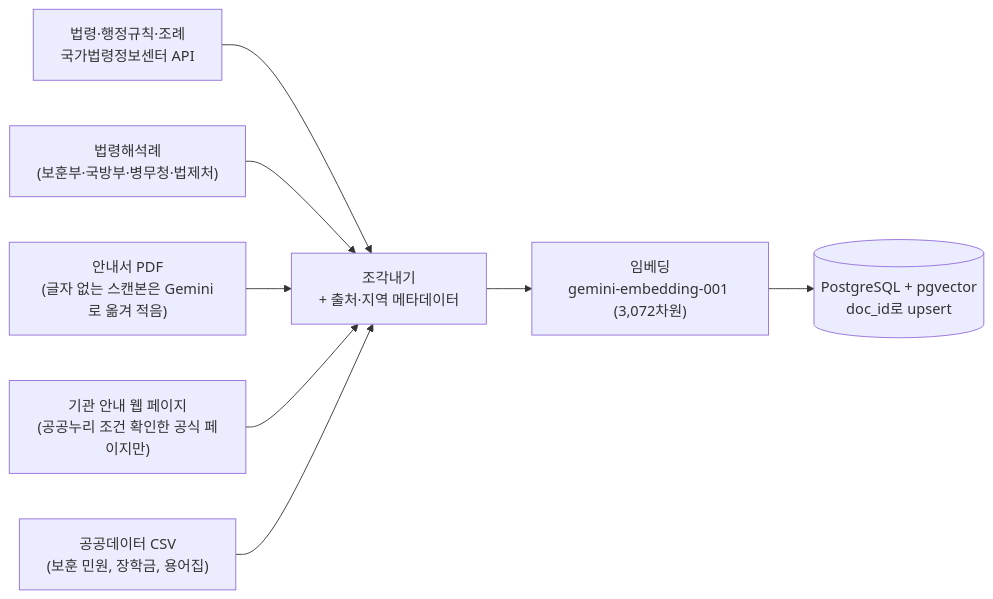
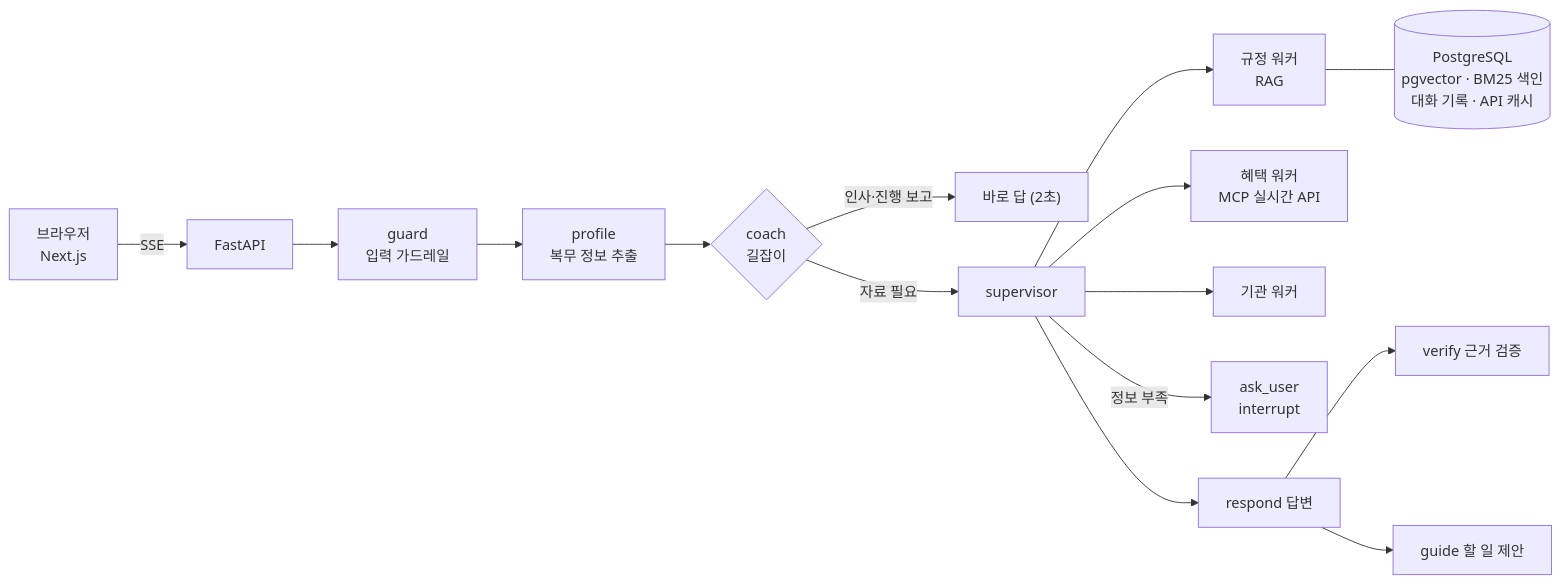
Before and after one commit to snail5039-code/jeonyeok_helper: the first of 2 diagrams in README.md, drawn with Mermaid. The commit also changed other lines of this file and 34 other files, not shown here.

````diff
--- a/README.md
+++ b/README.md
@@ -68,10 +42,14 @@
 ```mermaid
 flowchart LR
-    A["법령·행정규칙·조례<br/>국가법령정보센터 API"] --> P
-    B["법령해석례<br/>(보훈부·국방부·병무청·법제처)"] --> P
-    C["안내서 PDF<br/>(글자 없는 스캔본은 Gemini로 옮겨 적음)"] --> P
-    D["기관 안내 웹 페이지<br/>(공공누리 조건 확인한 공식 페이지만)"] --> P
-    E["공공데이터 CSV<br/>(보훈 민원, 장학금, 용어집)"] --> P
-    P["조각내기<br/>+ 출처·지역 메타데이터"] --> M["임베딩<br/>gemini-embedding-001 (3,072차원)"]
-    M --> V[("PostgreSQL + pgvector<br/>doc_id로 upsert")]
+    U["브라우저<br/>Next.js"] -->|SSE| API["FastAPI"]
+    API --> G["guard<br/>입력 가드레일"] --> P["profile<br/>복무 정보 추출"] --> C{"coach<br/>길잡이"}
+    C -->|인사·진행 보고| T["바로 답 (2초)"]
+    C -->|자료 필요| S["supervisor"]
+    S --> W1["규정 워커<br/>RAG"]
+    S --> W2["혜택 워커<br/>MCP 실시간 API"]
+    S --> W3["기관 워커"]
+    S -->|정보 부족| Q["ask_user<br/>interrupt"]
+    S --> R["respond 답변"] --> V["verify 근거 검증"]
+    R --> GD["guide 할 일 제안"]
+    W1 --- DB[("PostgreSQL<br/>pgvector · BM25 색인<br/>대화 기록 · API 캐시")]
 ```
````
